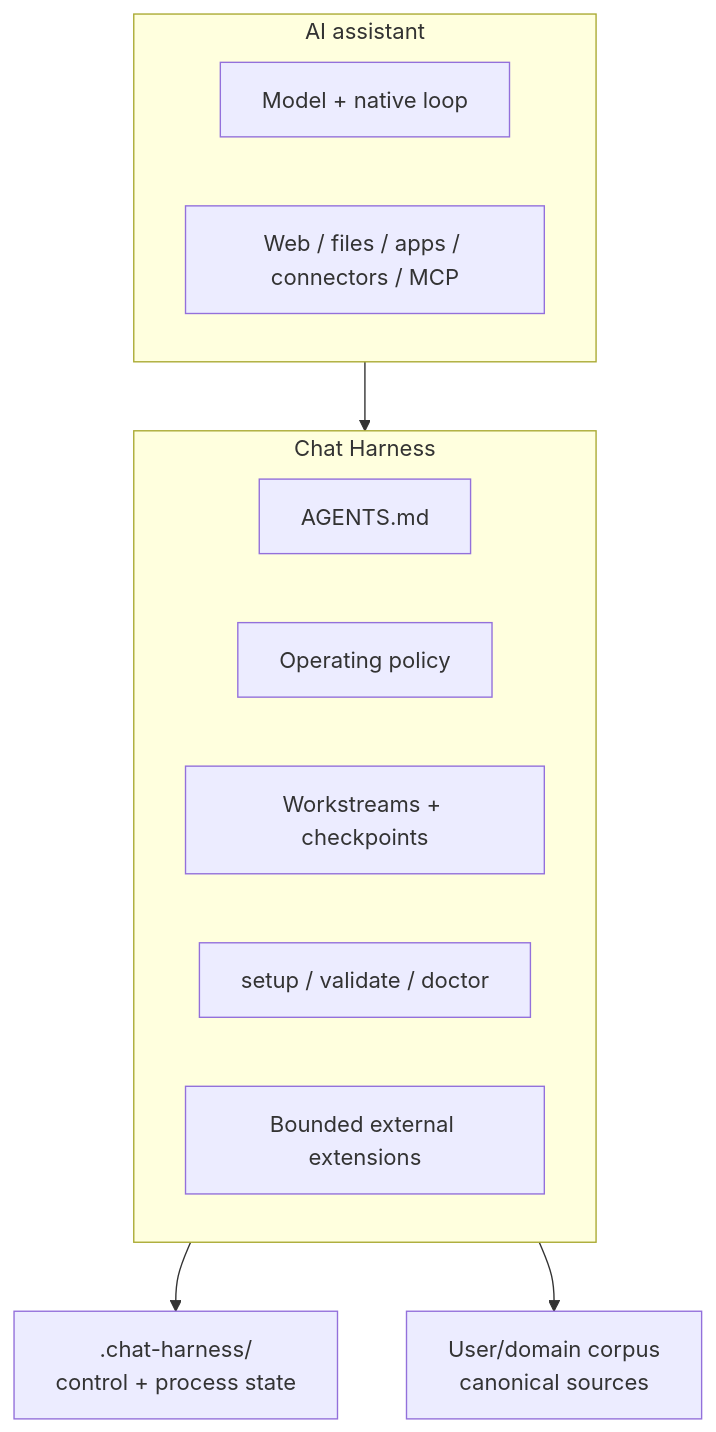
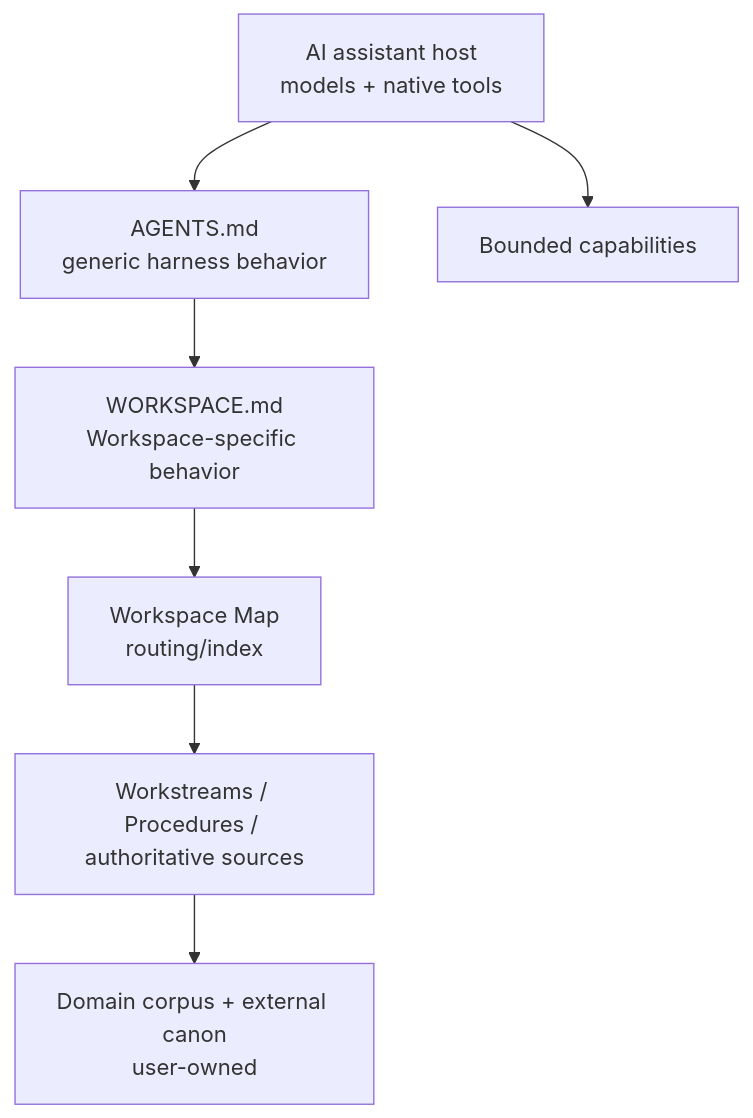
One commit to carlosboeing/chat-harness changed the diagram in docs/architecture.md. Above: the diagram before and after it, drawn with Mermaid. The commit also changed other lines of this file and 9 other files, not shown here.

````diff
--- a/docs/architecture.md
+++ b/docs/architecture.md
@@ -7,19 +7,9 @@
 ```mermaid
 flowchart TB
-    subgraph Host["AI assistant"]
-      M["Model + native loop"]
-      T["Web / files / apps / connectors / MCP"]
-    end
-    subgraph Harness["Chat Harness"]
-      A["AGENTS.md"]
-      P["Operating policy"]
-      W["Workstreams + checkpoints"]
-      V["setup / validate / doctor"]
-      E["Bounded external extensions"]
-    end
-    C["User/domain corpus<br/>canonical sources"]
-    H[".chat-harness/<br/>control + process state"]
-    Host --> Harness
-    Harness --> H
-    Harness --> C
+    H["AI assistant host<br/>models + native tools"] --> A["AGENTS.md<br/>generic harness behavior"]
+    A --> W["WORKSPACE.md<br/>Workspace-specific behavior"]
+    W --> M["Workspace Map<br/>routing/index"]
+    M --> S["Workstreams / Procedures / authoritative sources"]
+    S --> O["Domain corpus + external canon<br/>user-owned"]
+    H --> C["Bounded capabilities"]
 ```
````
